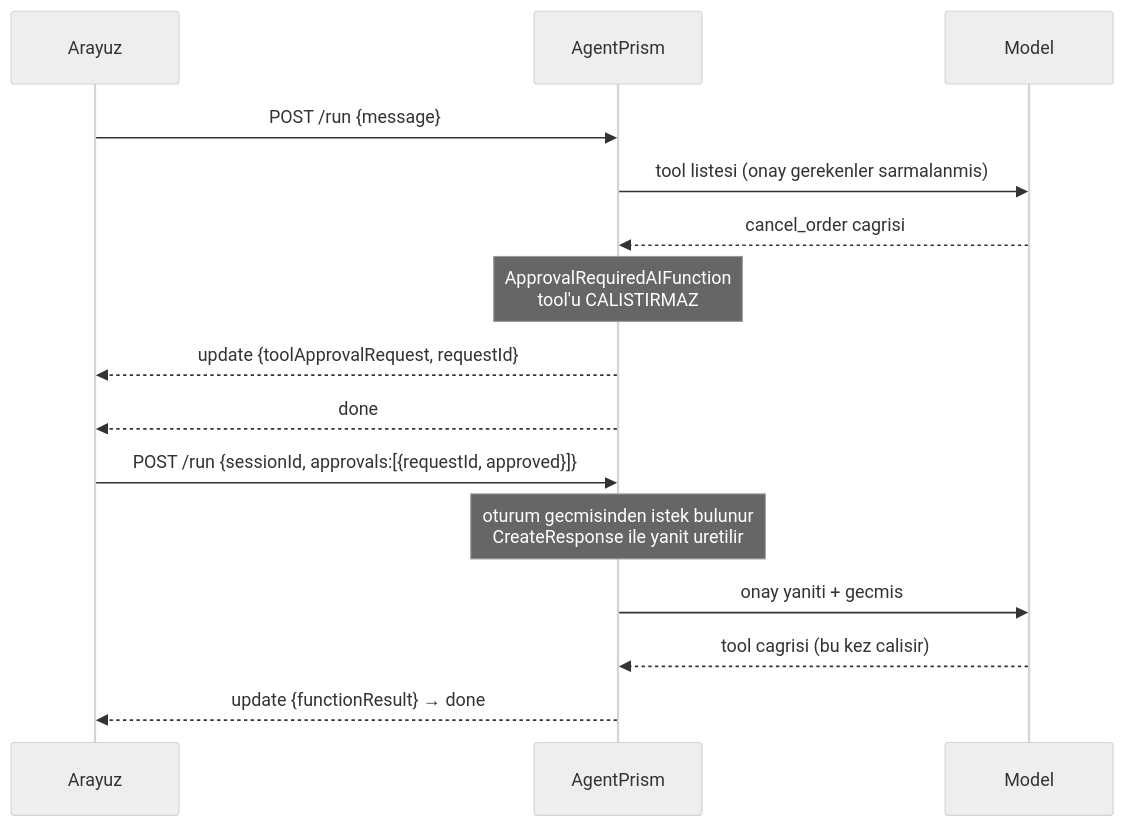
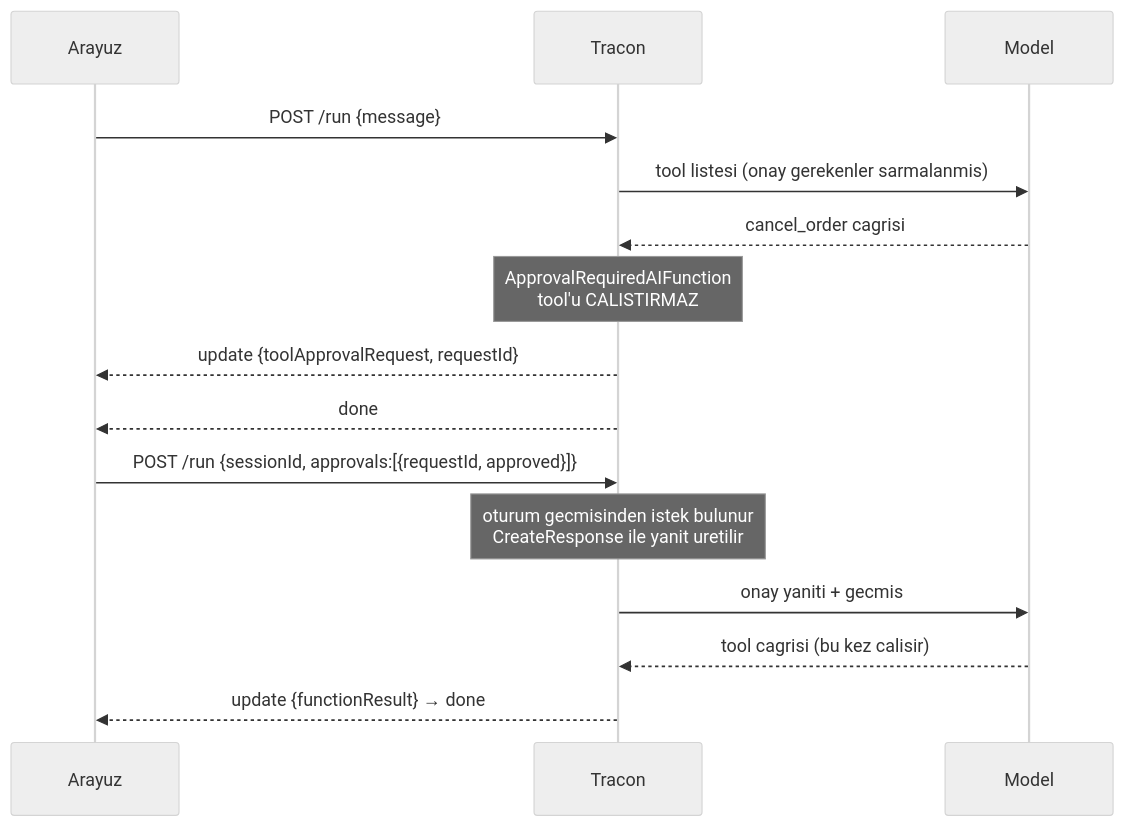
Before and after one commit to farukatasoy/Tracon: the second of 2 diagrams in docs/arsiv/fazlar/06-GOZLEMLENEBILIRLIK.md, drawn with Mermaid (neutral theme). The commit also changed other lines of this file and 4535 other files, not shown here.

````diff
--- a/docs/arsiv/fazlar/06-GOZLEMLENEBILIRLIK.md
+++ b/docs/arsiv/fazlar/06-GOZLEMLENEBILIRLIK.md
@@ -113,18 +113,18 @@
 ```mermaid
 sequenceDiagram
     participant U as Arayuz
-    participant A as AgentPrism
+    participant A as Tracon
     participant M as Model
 
     U->>A: POST /run {message}
     A->>M: tool listesi (onay gerekenler sarmalanmis)
     M-->>A: cancel_order cagrisi
     Note over A: ApprovalRequiredAIFunction<br/>tool'u CALISTIRMAZ
     A-->>U: update {toolApprovalRequest, requestId}
     A-->>U: done
     U->>A: POST /run {sessionId, approvals:[{requestId, approved}]}
     Note over A: oturum gecmisinden istek bulunur<br/>CreateResponse ile yanit uretilir
     A->>M: onay yaniti + gecmis
     M-->>A: tool cagrisi (bu kez calisir)
     A-->>U: update {functionResult} → done
 ```
````
